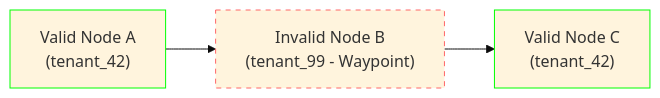
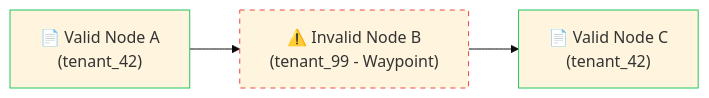
The third of 4 diagrams in 02-rag-and-knowledge-systems/05-predicate-filtering-and-acorn.md (dip4k/senior-engineer-to-ai-engineer-roadmap), drawn with Mermaid (base theme) before and after one commit. The commit also changed other lines of this file and 39 other files, not shown here.

First line of the commit message:
feat(curriculum): upgrade mermaid diagrams with unicode icons & codify anti-bloat layout rules

````diff
--- a/02-rag-and-knowledge-systems/05-predicate-filtering-and-acorn.md
+++ b/02-rag-and-knowledge-systems/05-predicate-filtering-and-acorn.md
@@ -96,9 +99,9 @@
 ```mermaid
 flowchart LR
-    Start["Valid Node A<br>(tenant_42)"] --> Waypoint["Invalid Node B<br>(tenant_99 - Waypoint)"]
-    Waypoint --> Target["Valid Node C<br>(tenant_42)"]
+    Start["📄 Valid Node A<br>(tenant_42)"] --> Waypoint["⚠️ Invalid Node B<br>(tenant_99 - Waypoint)"]
+    Waypoint --> Target["📄 Valid Node C<br>(tenant_42)"]
     
-    style Waypoint stroke:#f66,stroke-dasharray: 5 5
-    style Start stroke:#0f0
-    style Target stroke:#0f0
+    style Waypoint stroke:#ef4444,stroke-dasharray: 5 5
+    style Start stroke:#22c55e
+    style Target stroke:#22c55e
 ```
````
